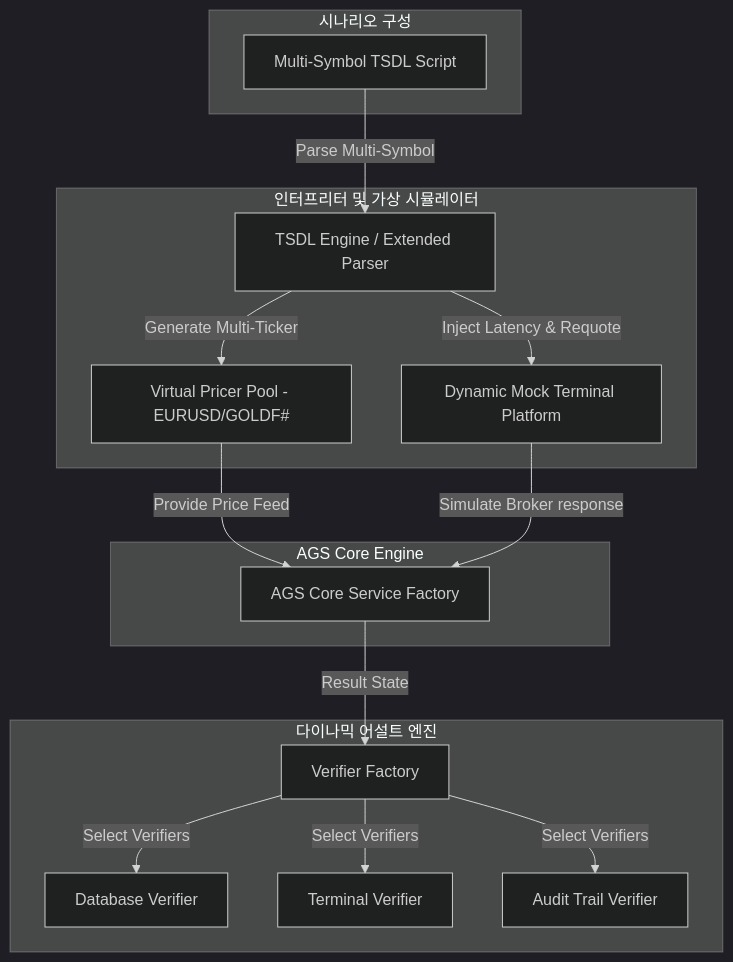
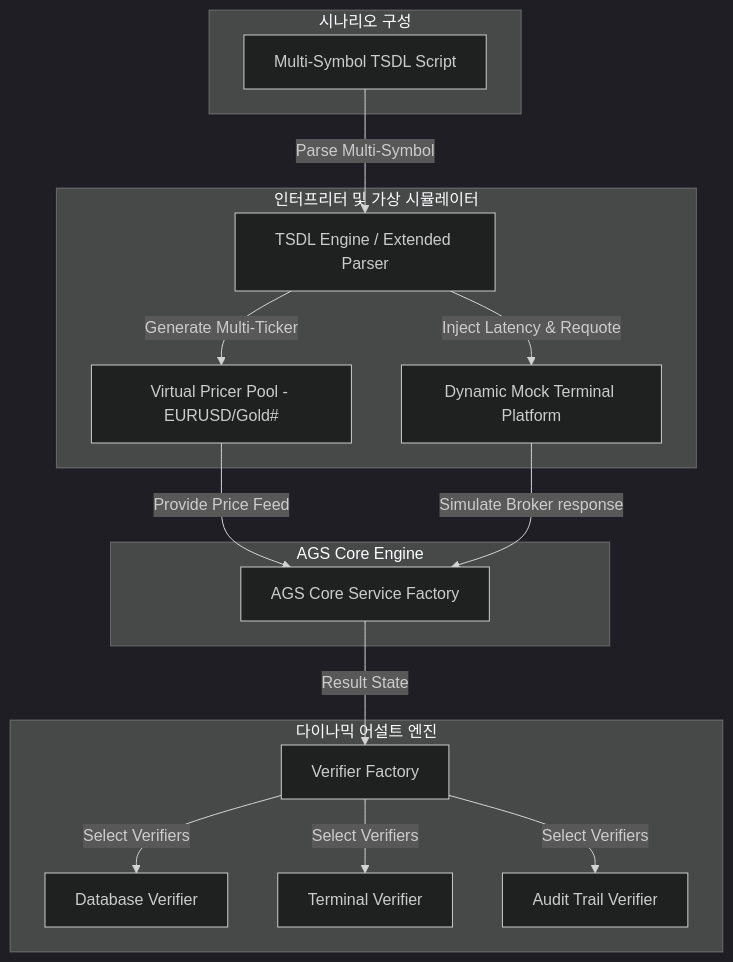
The diagram in _doc/DESIGN_TEST_PROJECT_UPGRADE_v1.0.md (iamjsyun/AGS), drawn with Mermaid (dark theme) before and after one commit. The commit also changed other lines of this file and 58 other files, not shown here.

````diff
--- a/_doc/DESIGN_TEST_PROJECT_UPGRADE_v1.0.md
+++ b/_doc/DESIGN_TEST_PROJECT_UPGRADE_v1.0.md
@@ -44,39 +44,39 @@
 ```mermaid
 graph TD
     %% 1. Input Layer
     subgraph Input_Layer [시나리오 구성]
         TSDL[Multi-Symbol TSDL Script]
     end
 
     %% 2. Parsing & Control Layer
     subgraph Control_Layer [인터프리터 및 가상 시뮬레이터]
         P[TSDL Engine / Extended Parser]
-        VP_Pool[Virtual Pricer Pool - EURUSD/GOLDF#]
+        VP_Pool[Virtual Pricer Pool - EURUSD/Gold#]
         Mock_Platform[Dynamic Mock Terminal Platform]
     end
 
     %% 3. Target System
     subgraph Target_System [AGS Core Engine]
         AGS_Service[AGS Core Service Factory]
     end
 
     %% 4. Assertion & Verification Layer
     subgraph Verify_Layer [다이나믹 어설트 엔진]
         V_Factory[Verifier Factory]
         V_DB[Database Verifier]
         V_TM[Terminal Verifier]
         V_Log[Audit Trail Verifier]
     end
 
     %% Flow Mapping
     TSDL -->|Parse Multi-Symbol| P
     P -->|Generate Multi-Ticker| VP_Pool
     P -->|Inject Latency & Requote| Mock_Platform
     VP_Pool -->|Provide Price Feed| AGS_Service
     Mock_Platform -->|Simulate Broker response| AGS_Service
     
     AGS_Service -->|Result State| V_Factory
     V_Factory -->|Select Verifiers| V_DB
     V_Factory -->|Select Verifiers| V_TM
     V_Factory -->|Select Verifiers| V_Log
 ```
````
